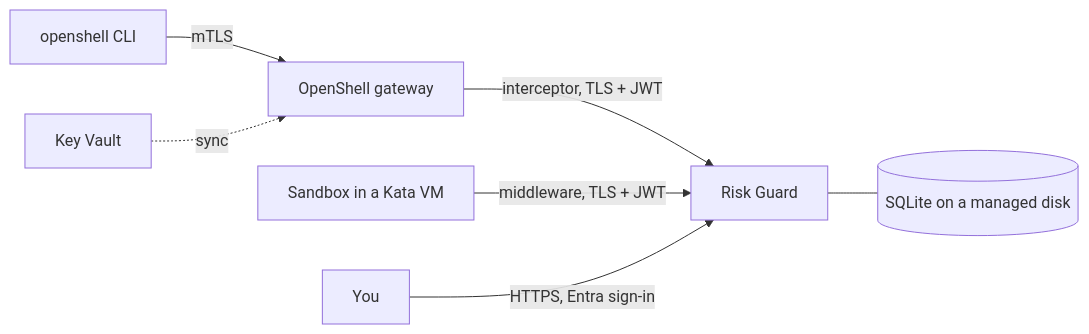
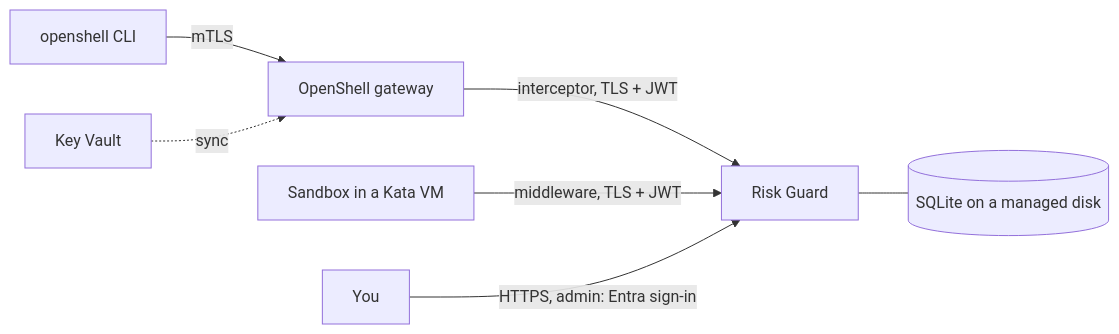
One commit to ChrisHanna/openshell-risk-guard changed the diagram in docs/aks.md. Above: the diagram before and after it, drawn with Mermaid. The commit also changed other lines of this file and 7 other files, not shown here.

First line of the commit message:
feat(console): anyone can view; administrators sign in at /admin

````diff
--- a/docs/aks.md
+++ b/docs/aks.md
@@ -15,9 +15,9 @@
 ```mermaid
 flowchart LR
   CLI[openshell CLI] -- mTLS --> GW[OpenShell gateway]
   GW -- interceptor, TLS + JWT --> RG[Risk Guard]
   SB[Sandbox in a Kata VM] -- middleware, TLS + JWT --> RG
   RG --- DB[(SQLite on a managed disk)]
   KV[Key Vault] -. sync .-> GW
-  ME[You] -- HTTPS, Entra sign-in --> RG
+  ME[You] -- HTTPS, admin: Entra sign-in --> RG
 ```
````
